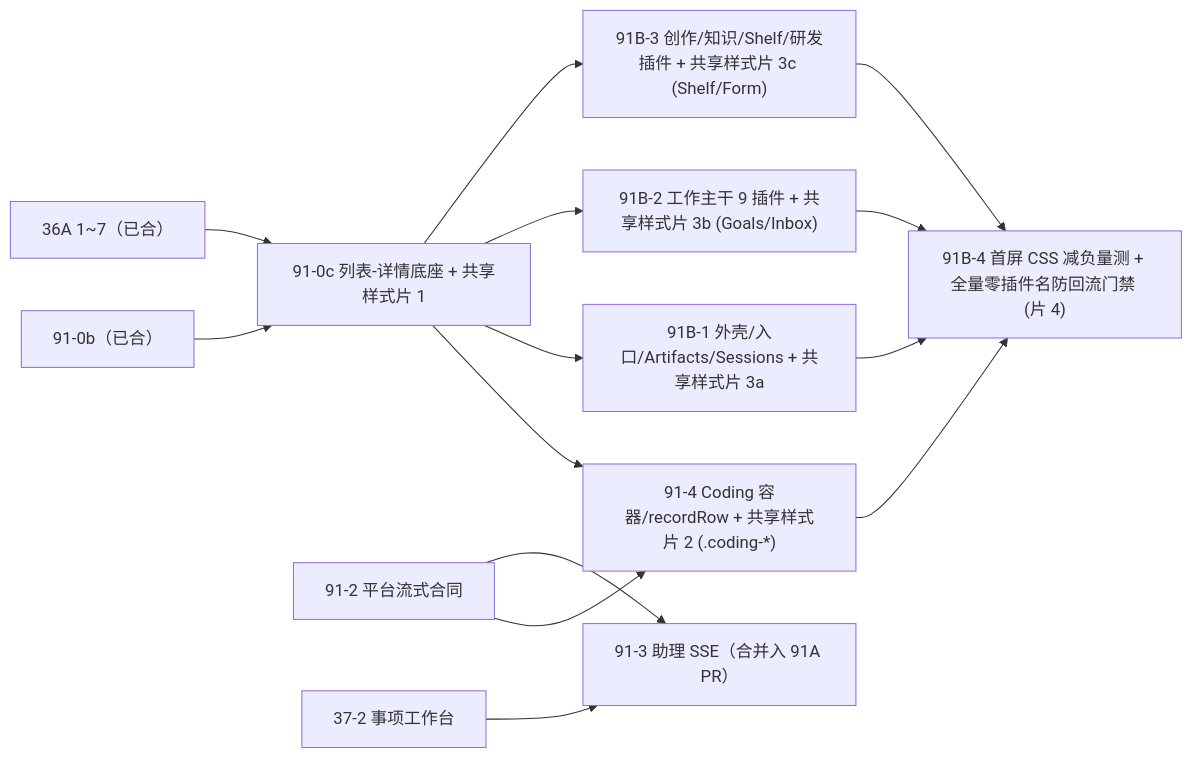
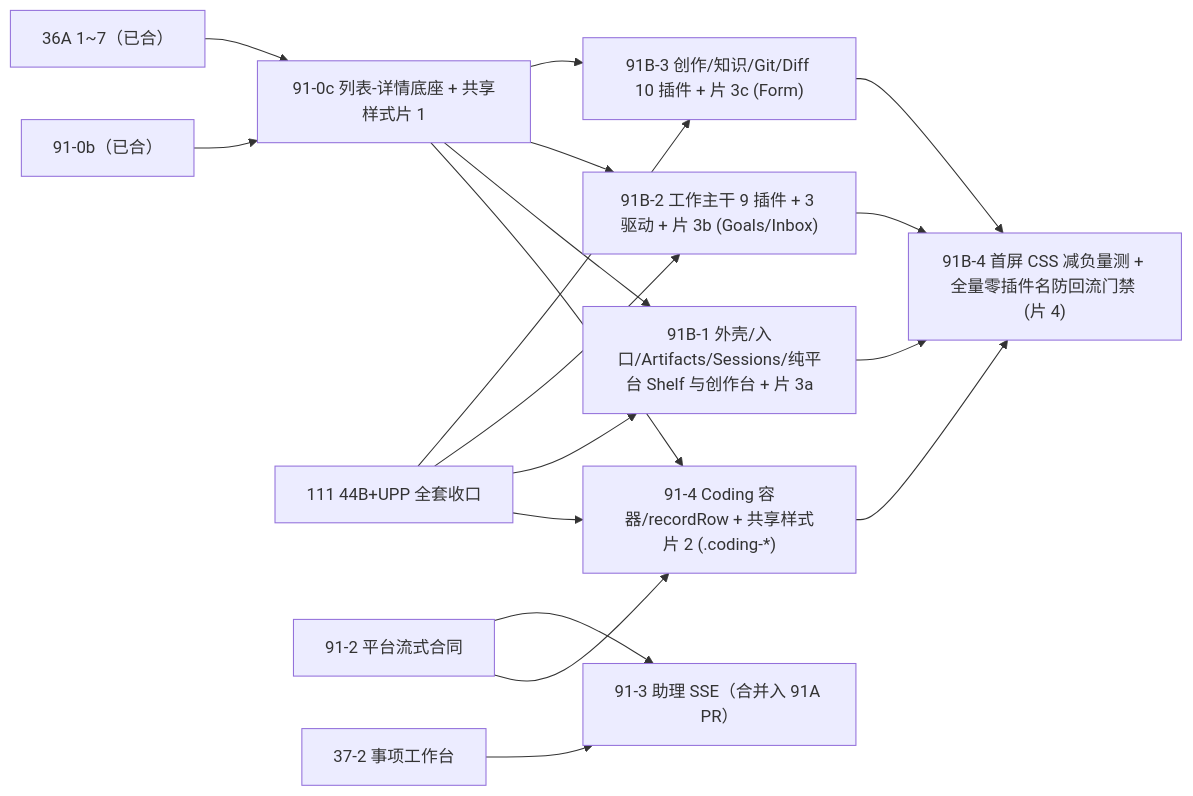
The fourth of 5 diagrams in specs/post-anticorruption-roadmap/reference/dependencies.md (molis-ai/molis-work), drawn with Mermaid before and after one commit. The commit also changed other lines of this file and 130 other files, not shown here.

First line of the commit message:
docs(specs,roadmap): 特殊逻辑平民化（44B）与统一工作分区（106～111）终审合并方案及全下游路线书优化（决定 66） (#2251)

````diff
--- a/specs/post-anticorruption-roadmap/reference/dependencies.md
+++ b/specs/post-anticorruption-roadmap/reference/dependencies.md
@@ -545,16 +545,20 @@
 ```mermaid
 flowchart LR
   B910B["91-0b（已合）"] --> B910C["91-0c 列表-详情底座 + 共享样式片 1"]
   S36A["36A 1~7（已合）"] --> B910C
   B910C --> B914["91-4 Coding 容器/recordRow + 共享样式片 2 (.coding-*)"]
+  B111["111 44B+UPP 全套收口"] --> B914
   B912["91-2 平台流式合同"] --> B914
   B372["37-2 事项工作台"] --> B913["91-3 助理 SSE（合并入 91A PR）"]
   B912 --> B913
-  B910C --> B91B1["91B-1 外壳/入口/Artifacts/Sessions + 共享样式片 3a"]
-  B910C --> B91B2["91B-2 工作主干 9 插件 + 共享样式片 3b (Goals/Inbox)"]
-  B910C --> B91B3["91B-3 创作/知识/Shelf/研发插件 + 共享样式片 3c (Shelf/Form)"]
+  B910C --> B91B1["91B-1 外壳/入口/Artifacts/Sessions/纯平台 Shelf 与创作台 + 片 3a"]
+  B111 --> B91B1
+  B910C --> B91B2["91B-2 工作主干 9 插件 + 3 驱动 + 片 3b (Goals/Inbox)"]
+  B111 --> B91B2
+  B910C --> B91B3["91B-3 创作/知识/Git/Diff 10 插件 + 片 3c (Form)"]
+  B111 --> B91B3
   B914 --> B91B4["91B-4 首屏 CSS 减负量测 + 全量零插件名防回流门禁 (片 4)"]
   B91B1 --> B91B4
   B91B2 --> B91B4
   B91B3 --> B91B4
 ```
````
